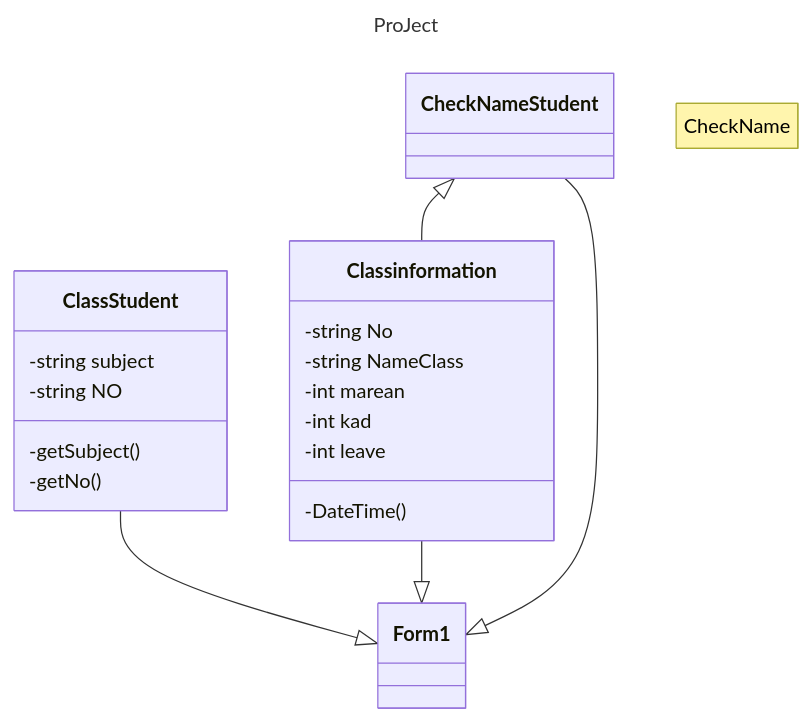
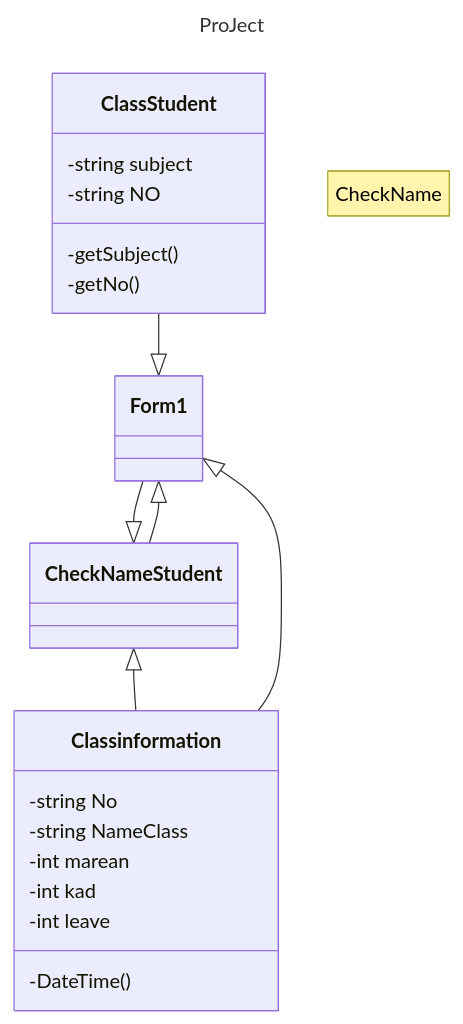
Before and after one commit to junthimapianopromwang/CheckNamesys: the diagram in README.md, drawn with Mermaid.

````diff
--- a/README.md
+++ b/README.md
@@ -16,25 +16,26 @@
 ```mermaid
 ---
 title: ProJect
 ---
 classDiagram
     note "CheckName"
     ClassStudent --|> Form1
     Classinformation --|> Form1
     CheckNameStudent <|-- Classinformation
     CheckNameStudent --|> Form1
+    Form1 --|> CheckNameStudent
     class Classinformation{
         -string No
         -string NameClass
         -int marean
         -int kad
         -int leave
         -DateTime()
     }
     class ClassStudent {
         -string subject
         -string NO
         -getSubject()
         -getNo()
     }
 ```
````
